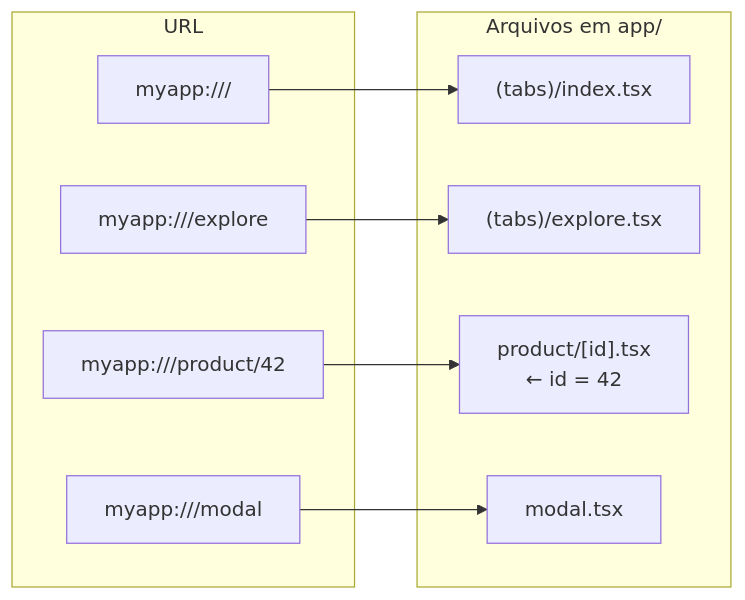
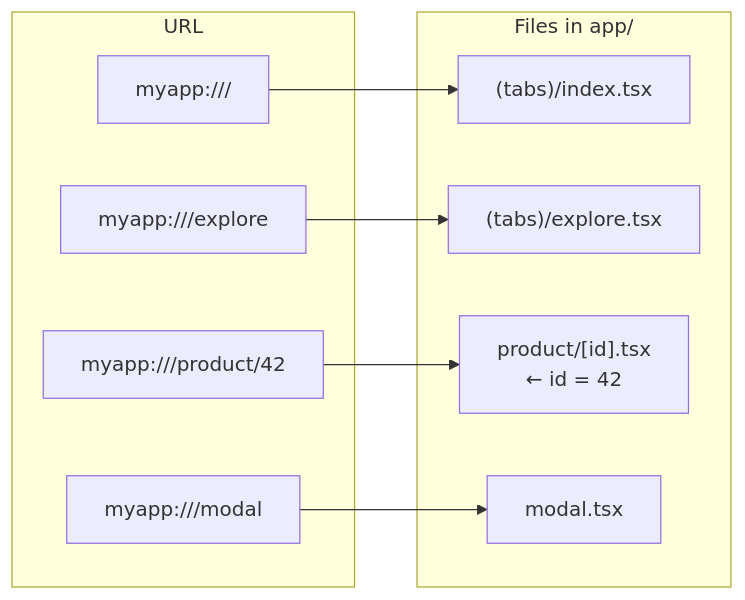
The fourth of 4 diagrams in README.md (emersonpisoni/deep-linking-poc), drawn with Mermaid before and after one commit. The commit also changed other lines of this file, not shown here.

````diff
--- a/README.md
+++ b/README.md
@@ -95,21 +89,21 @@
 ```mermaid
 flowchart LR
     subgraph URL
         u1[myapp:///]
         u2[myapp:///explore]
         u3[myapp:///product/42]
         u4[myapp:///modal]
     end
 
-    subgraph Arquivos em app/
+    subgraph Files in app/
         f1["(tabs)/index.tsx"]
         f2["(tabs)/explore.tsx"]
         f3["product/[id].tsx<br/>← id = 42"]
         f4["modal.tsx"]
     end
 
     u1 --> f1
     u2 --> f2
     u3 --> f3
     u4 --> f4
 ```
````
